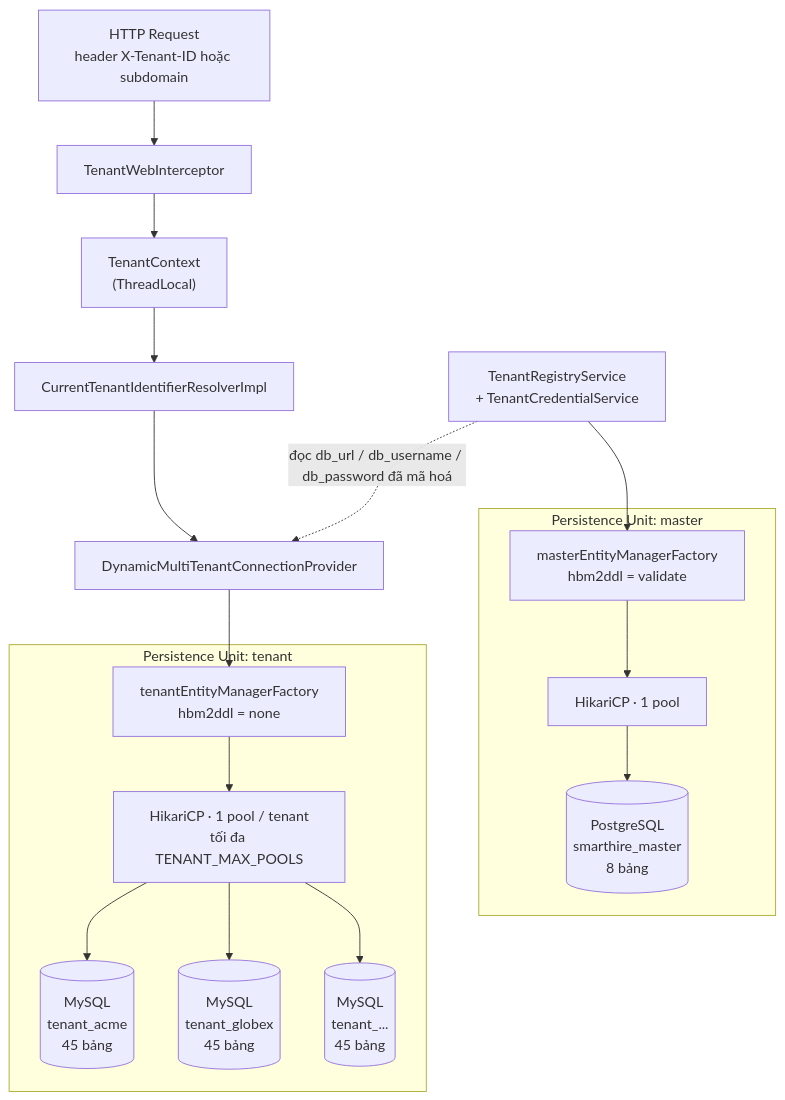
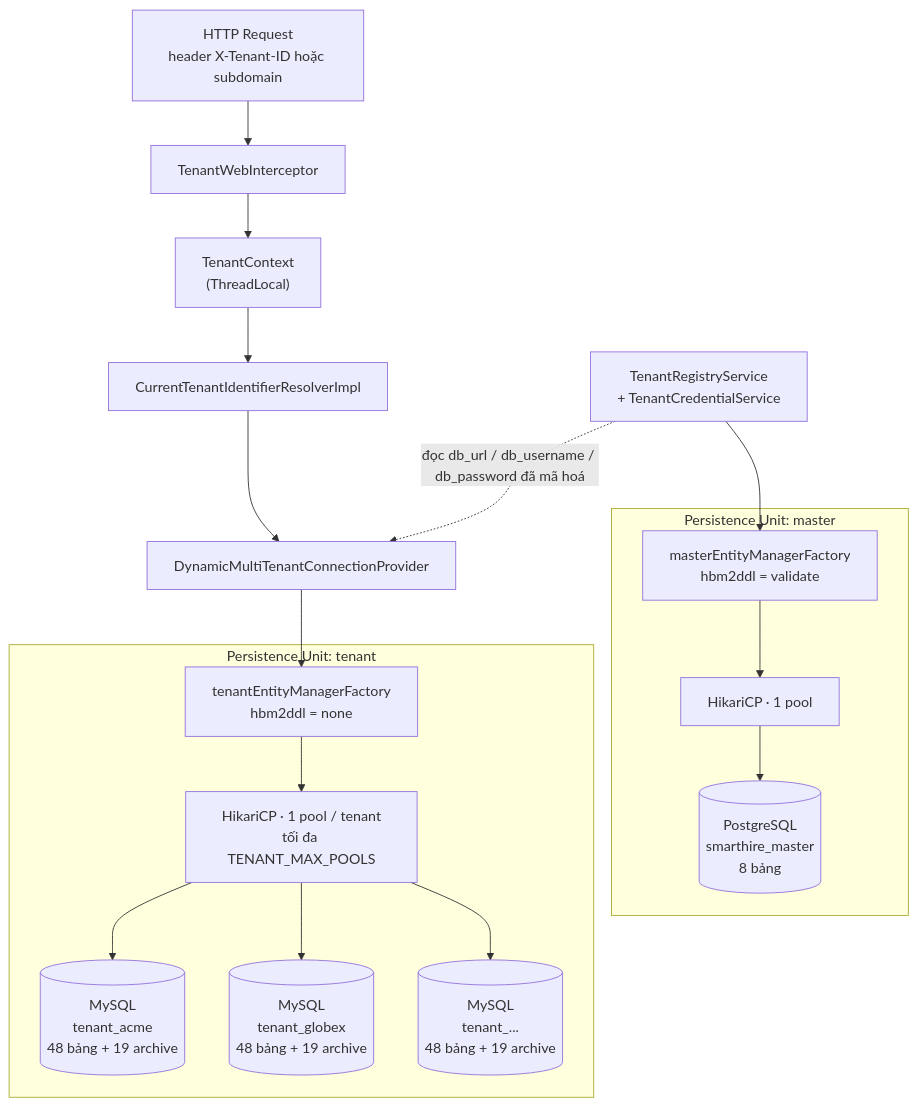
Before and after one commit to hieupnh12/SmartHire-AI: the first of 12 diagrams in docs/database/README.md, drawn with Mermaid. The commit also changed other lines of this file and 16 other files, not shown here.

````diff
--- a/docs/database/README.md
+++ b/docs/database/README.md
@@ -53,32 +54,32 @@
 ```mermaid
 flowchart TB
     REQ["HTTP Request<br/>header X-Tenant-ID hoặc subdomain"]
     ITC["TenantWebInterceptor"]
     CTX["TenantContext<br/>(ThreadLocal)"]
     RES["CurrentTenantIdentifierResolverImpl"]
     REG["TenantRegistryService<br/>+ TenantCredentialService"]
     PRV["DynamicMultiTenantConnectionProvider"]
 
     subgraph MASTER["Persistence Unit: master"]
         MEMF["masterEntityManagerFactory<br/>hbm2ddl = validate"]
         MDS["HikariCP · 1 pool"]
         PG[("PostgreSQL<br/>smarthire_master<br/>8 bảng")]
     end
 
     subgraph TENANT["Persistence Unit: tenant"]
         TEMF["tenantEntityManagerFactory<br/>hbm2ddl = none"]
         TDS["HikariCP · 1 pool / tenant<br/>tối đa TENANT_MAX_POOLS"]
-        MY1[("MySQL<br/>tenant_acme<br/>45 bảng")]
-        MY2[("MySQL<br/>tenant_globex<br/>45 bảng")]
-        MYN[("MySQL<br/>tenant_...<br/>45 bảng")]
+        MY1[("MySQL<br/>tenant_acme<br/>48 bảng + 19 archive")]
+        MY2[("MySQL<br/>tenant_globex<br/>48 bảng + 19 archive")]
+        MYN[("MySQL<br/>tenant_...<br/>48 bảng + 19 archive")]
     end
 
     REQ --> ITC --> CTX --> RES --> PRV
     REG -. "đọc db_url / db_username / db_password đã mã hoá" .-> PRV
     REG --> MEMF
     MEMF --> MDS --> PG
     PRV --> TEMF --> TDS
     TDS --> MY1
     TDS --> MY2
     TDS --> MYN
 ```
````
